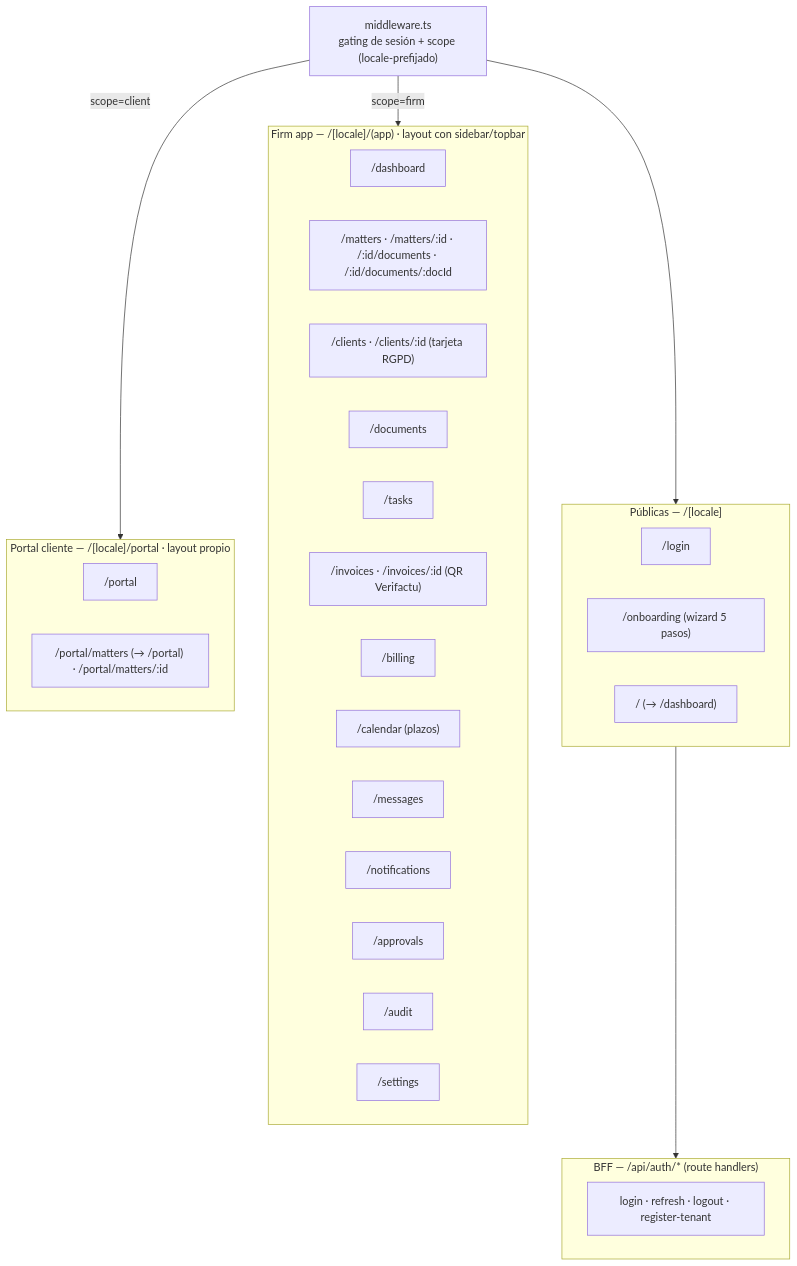
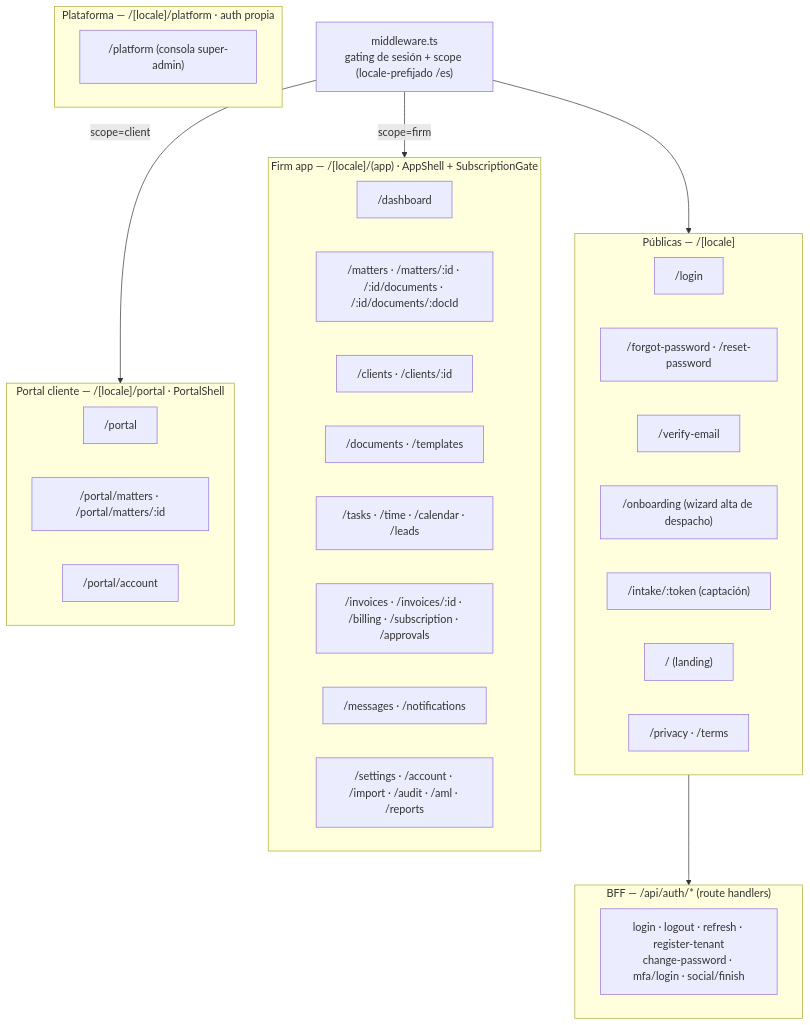
One commit to OswaldoVargas11/Prood007 changed the first of 2 diagrams in docs/architecture/08-frontend-architecture.md. Above: the diagram before and after it, drawn with Mermaid. The commit also changed other lines of this file and 6 other files, not shown here.

````diff
--- a/docs/architecture/08-frontend-architecture.md
+++ b/docs/architecture/08-frontend-architecture.md
@@ -9,40 +10,44 @@
 ```mermaid
 flowchart TB
-    mw["middleware.ts<br/>gating de sesión + scope (locale-prefijado)"]
+    mw["middleware.ts<br/>gating de sesión + scope (locale-prefijado /es)"]
 
     subgraph pub["Públicas — /[locale]"]
         login["/login"]
-        onb["/onboarding (wizard 5 pasos)"]
-        root["/ (→ /dashboard)"]
+        fp["/forgot-password · /reset-password"]
+        ve["/verify-email"]
+        onb["/onboarding (wizard alta de despacho)"]
+        intake["/intake/:token (captación)"]
+        root["/ (landing)"]
+        legal["/privacy · /terms"]
     end
 
-    subgraph app["Firm app — /[locale]/(app) · layout con sidebar/topbar"]
+    subgraph app["Firm app — /[locale]/(app) · AppShell + SubscriptionGate"]
         dash["/dashboard"]
         mat["/matters · /matters/:id · /:id/documents · /:id/documents/:docId"]
-        cli["/clients · /clients/:id (tarjeta RGPD)"]
-        doc["/documents"]
-        tsk["/tasks"]
-        inv["/invoices · /invoices/:id (QR Verifactu)"]
-        bil["/billing"]
-        cal["/calendar (plazos)"]
-        msg["/messages"]
-        ntf["/notifications"]
-        apr["/approvals"]
-        aud["/audit"]
-        set["/settings"]
+        cli["/clients · /clients/:id"]
+        doc["/documents · /templates"]
+        work["/tasks · /time · /calendar · /leads"]
+        inv["/invoices · /invoices/:id · /billing · /subscription · /approvals"]
+        comms["/messages · /notifications"]
+        admin["/settings · /account · /import · /audit · /aml · /reports"]
     end
 
-    subgraph portal["Portal cliente — /[locale]/portal · layout propio"]
+    subgraph portal["Portal cliente — /[locale]/portal · PortalShell"]
         pl["/portal"]
-        pm["/portal/matters (→ /portal) · /portal/matters/:id"]
+        pm["/portal/matters · /portal/matters/:id"]
+        pacc["/portal/account"]
+    end
+
+    subgraph plat["Plataforma — /[locale]/platform · auth propia"]
+        platc["/platform (consola super-admin)"]
     end
 
     subgraph bff["BFF — /api/auth/* (route handlers)"]
-        b1["login · refresh · logout · register-tenant"]
+        b1["login · logout · refresh · register-tenant<br/>change-password · mfa/login · social/finish"]
     end
 
     mw --> pub
     mw -->|"scope=firm"| app
     mw -->|"scope=client"| portal
     pub --> bff
 ```
````
